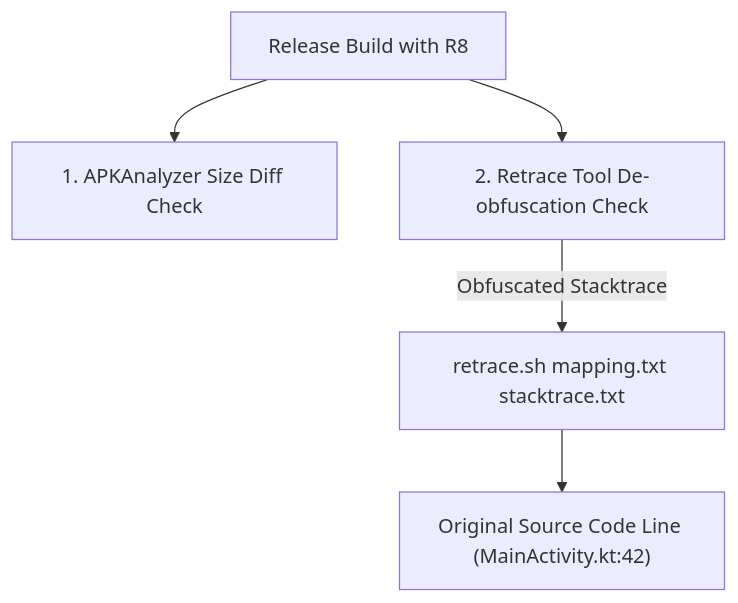
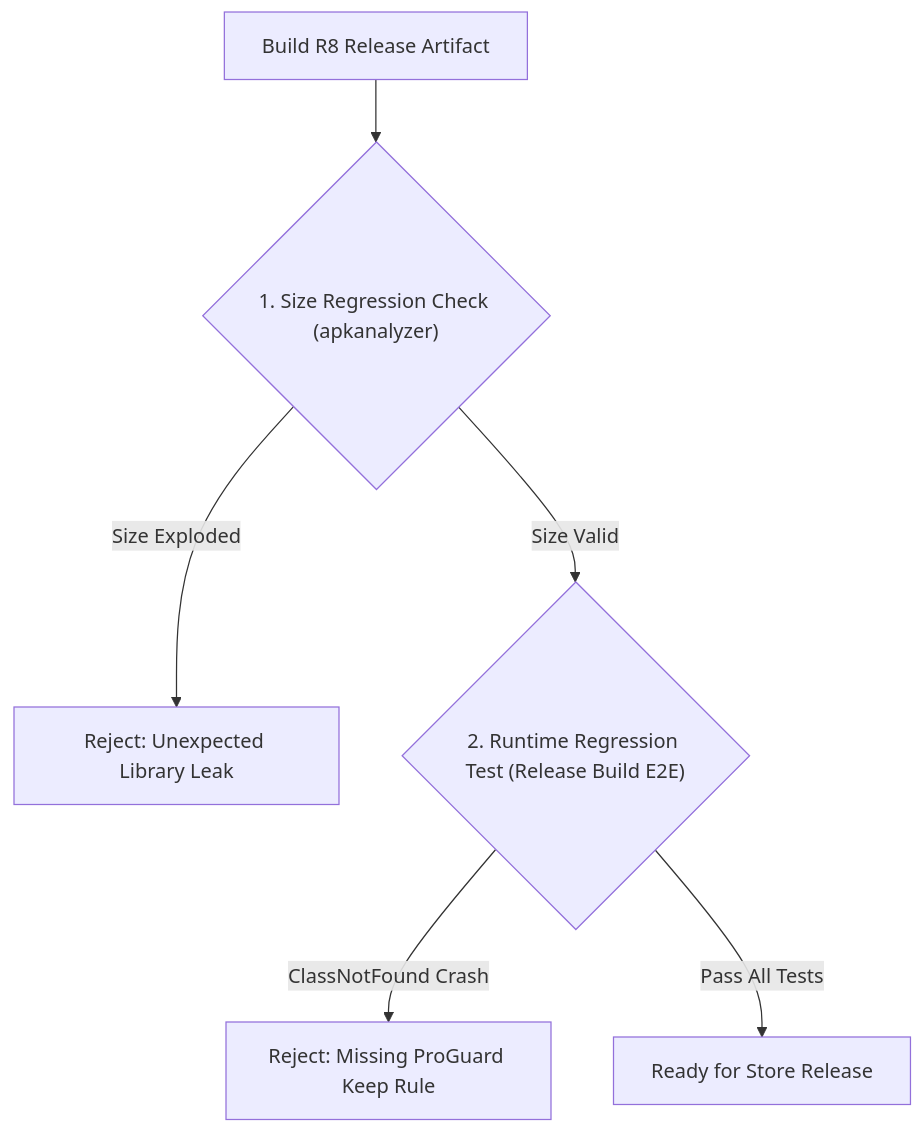
One commit to youngmin-gwon/what-i-studied changed the diagram in 01_inbox/mobile/android/03_packaging_deployment/optimization/build-optimization-contracts/r8-output-must-be-validated-with-size-and-runtime-regression.md. Above: the diagram before and after it, drawn with Mermaid. The commit also changed other lines of this file and 134 other files, not shown here.

````diff
--- a/01_inbox/mobile/android/03_packaging_deployment/optimization/build-optimization-contracts/r8-output-must-be-validated-with-size-and-runtime-regression.md
+++ b/01_inbox/mobile/android/03_packaging_deployment/optimization/build-optimization-contracts/r8-output-must-be-validated-with-size-and-runtime-regression.md
@@ -18,8 +25,8 @@
 ```mermaid
 flowchart TD
-    ReleaseBuild["Release Build with R8"] --> APKCheck["1. APKAnalyzer Size Diff Check"]
-    ReleaseBuild --> RetraceCheck["2. Retrace Tool De-obfuscation Check"]
-    
-    RetraceCheck -->|Obfuscated Stacktrace| RetraceEngine["retrace.sh mapping.txt stacktrace.txt"]
-    RetraceEngine --> OriginalLine["Original Source Code Line (MainActivity.kt:42)"]
+    BuildR8["Build R8 Release Artifact"] --> Gate1{"1. Size Regression Check (apkanalyzer)"}
+    Gate1 -->|Size Exploded| Fail1["Reject: Unexpected Library Leak"]
+    Gate1 -->|Size Valid| Gate2{"2. Runtime Regression Test (Release Build E2E)"}
+    Gate2 -->|ClassNotFound Crash| Fail2["Reject: Missing ProGuard Keep Rule"]
+    Gate2 -->|Pass All Tests| Pass["Ready for Store Release"]
 ```
````
